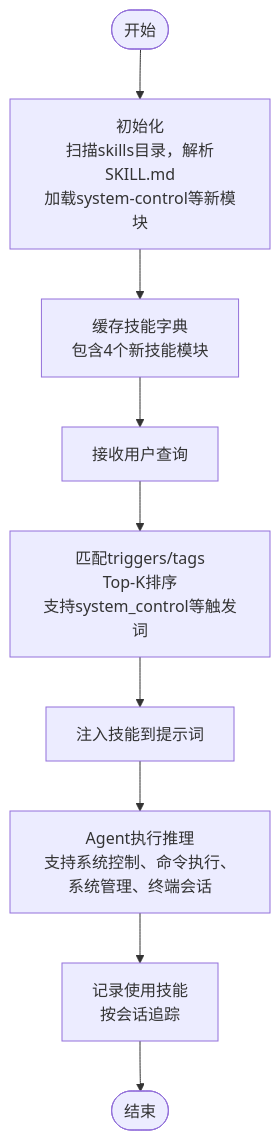
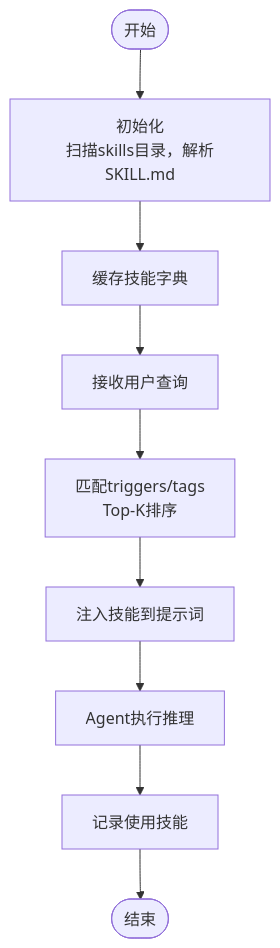
The fifth of 6 diagrams in .qoder/repowiki/zh/content/技能与记忆系统/技能管理系统/技能管理系统.md (iammm0/secbot), drawn with Mermaid before and after one commit. The commit also changed other lines of this file and 47 other files, not shown here.

Commit message:
fix(core): 恢复 execute_todo 中的推理事件发送（thought_start/chunk/end）

````diff
--- a/.qoder/repowiki/zh/content/技能与记忆系统/技能管理系统/技能管理系统.md
+++ b/.qoder/repowiki/zh/content/技能与记忆系统/技能管理系统/技能管理系统.md
@@ -415,11 +246,11 @@
 ```mermaid
 flowchart TD
-Start(["开始"]) --> Init["初始化<br/>扫描skills目录，解析SKILL.md<br/>加载system-control等新模块"]
-Init --> Load["缓存技能字典<br/>包含4个新技能模块"]
+Start(["开始"]) --> Init["初始化<br/>扫描skills目录，解析SKILL.md"]
+Init --> Load["缓存技能字典"]
 Load --> Query["接收用户查询"]
-Query --> Match["匹配triggers/tags<br/>Top-K排序<br/>支持system_control等触发词"]
+Query --> Match["匹配triggers/tags<br/>Top-K排序"]
 Match --> Inject["注入技能到提示词"]
-Inject --> Execute["Agent执行推理<br/>支持系统控制、命令执行、系统管理、终端会话"]
-Execute --> Record["记录使用技能<br/>按会话追踪"]
+Inject --> Execute["Agent执行推理"]
+Execute --> Record["记录使用技能"]
 Record --> End(["结束"])
 ```
````
